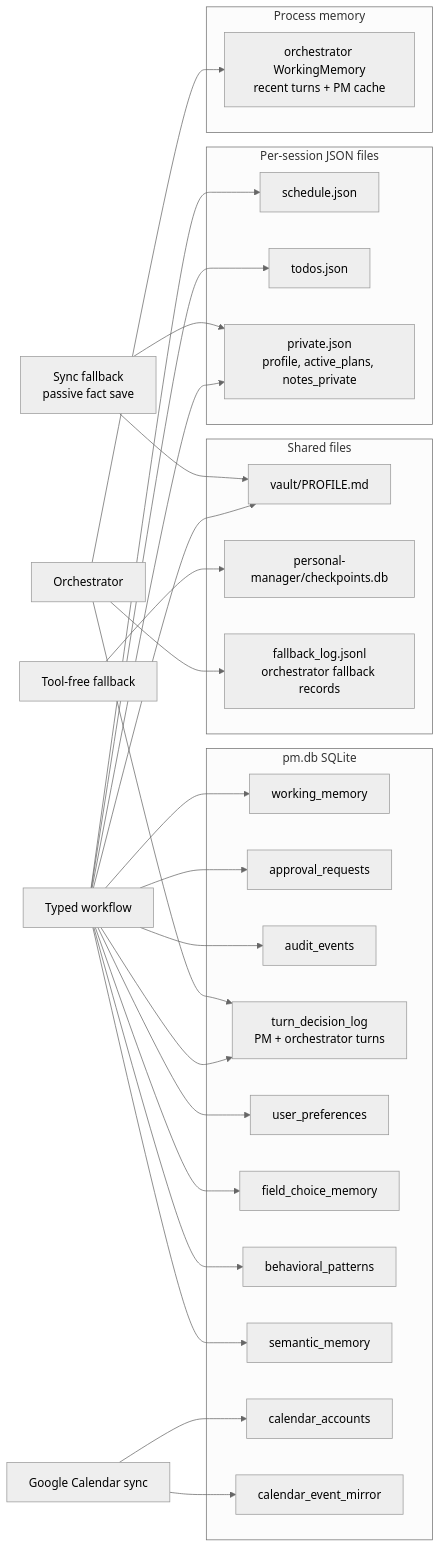
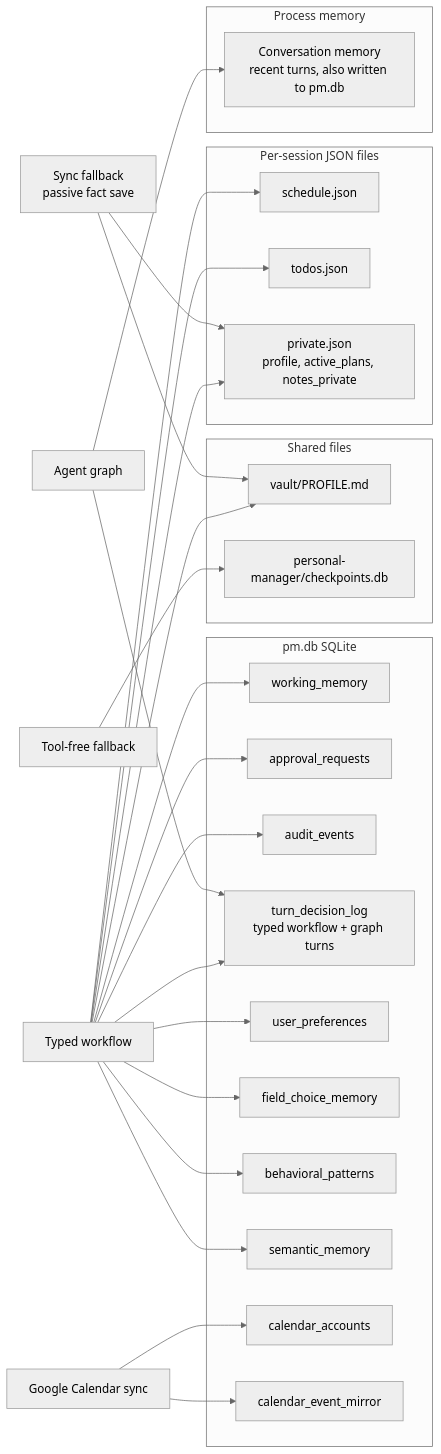
The eighth of 9 diagrams in ARCHITECTURE.md (JefferyLiu6/Kairo), drawn with Mermaid (neutral theme) before and after one commit. The commit also changed other lines of this file and 59 other files, not shown here.

First line of the commit message:
Remove the orchestrator, the path web chat ran on before the agent graph

````diff
--- a/ARCHITECTURE.md
+++ b/ARCHITECTURE.md
@@ -617,55 +533,53 @@
 ```mermaid
 flowchart LR
     subgraph "Per-session JSON files"
         S["schedule.json"]
         T["todos.json"]
         P["private.json<br/>profile, active_plans, notes_private"]
     end
 
     subgraph "pm.db SQLite"
         WM["working_memory"]
         AR["approval_requests"]
         AE["audit_events"]
-        DL["turn_decision_log<br/>PM + orchestrator turns"]
+        DL["turn_decision_log<br/>typed workflow + graph turns"]
         UP["user_preferences"]
         FCM["field_choice_memory"]
         BP["behavioral_patterns"]
         SM["semantic_memory"]
         CA["calendar_accounts"]
         CM["calendar_event_mirror"]
     end
 
     subgraph "Shared files"
         VAULT["vault/PROFILE.md"]
         CKPT["personal-manager/checkpoints.db"]
-        OFB["fallback_log.jsonl<br/>orchestrator fallback records"]
     end
 
     subgraph "Process memory"
-        OWM["orchestrator WorkingMemory<br/>recent turns + PM cache"]
+        CMEM["Conversation memory<br/>recent turns, also written to pm.db"]
     end
 
     TYPED["Typed workflow"] --> S
     TYPED --> T
     TYPED --> P
     TYPED --> WM
     TYPED --> AR
     TYPED --> AE
     TYPED --> DL
     TYPED --> UP
     TYPED --> FCM
     TYPED --> BP
     TYPED --> SM
     TYPED --> VAULT
 
     FALLBACK["Tool-free fallback"] --> CKPT
     SYNC_SAVE["Sync fallback<br/>passive fact save"] --> VAULT
     SYNC_SAVE --> P
 
-    ORCH["Orchestrator"] --> OWM
-    ORCH --> DL
-    ORCH --> OFB
+    GRAPH["Agent graph"] --> CMEM
+    GRAPH --> DL
 
     GCAL["Google Calendar sync"] --> CA
     GCAL --> CM
 ```
````
